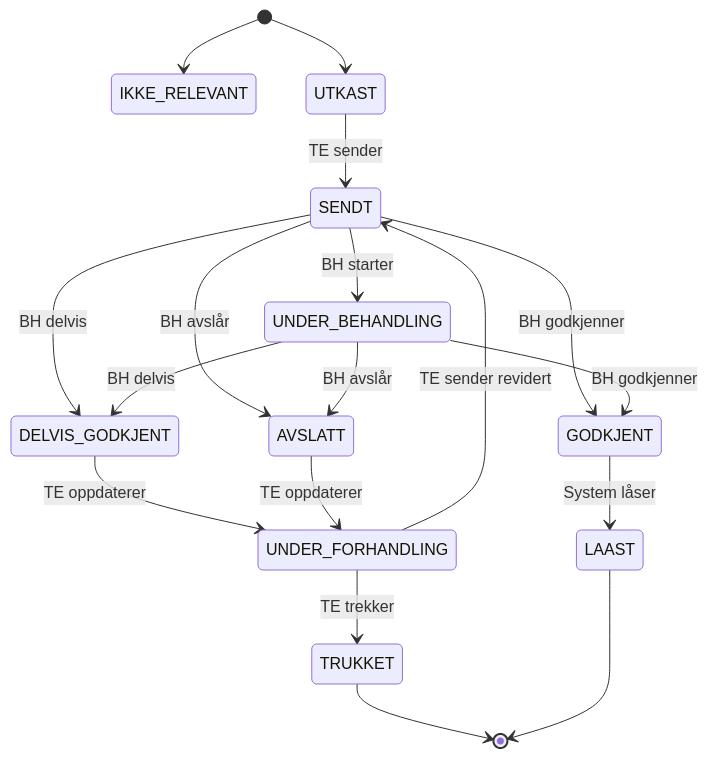
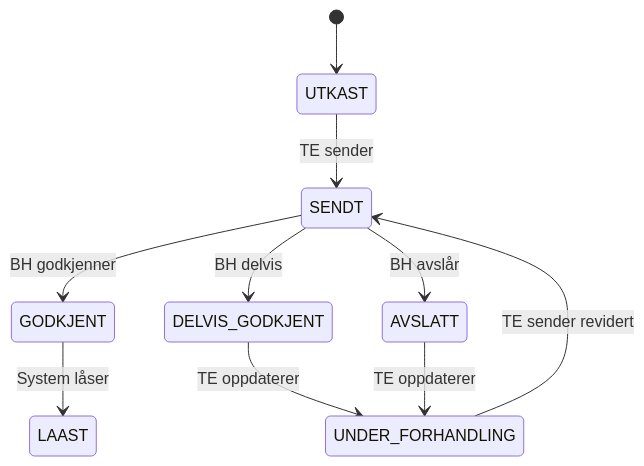
One commit to khjohns/unified-timeline changed the second of 4 diagrams in docs/ARCHITECTURE_AND_DATAMODEL.md. Above: the diagram before and after it, drawn with Mermaid. The commit also changed other lines of this file, not shown here.

````diff
--- a/docs/ARCHITECTURE_AND_DATAMODEL.md
+++ b/docs/ARCHITECTURE_AND_DATAMODEL.md
@@ -986,27 +231,12 @@
 ```mermaid
 stateDiagram-v2
-    [*] --> IKKE_RELEVANT
     [*] --> UTKAST
-
     UTKAST --> SENDT: TE sender
-
-    SENDT --> UNDER_BEHANDLING: BH starter
     SENDT --> GODKJENT: BH godkjenner
     SENDT --> DELVIS_GODKJENT: BH delvis
     SENDT --> AVSLATT: BH avslår
-
-    UNDER_BEHANDLING --> GODKJENT: BH godkjenner
-    UNDER_BEHANDLING --> DELVIS_GODKJENT: BH delvis
-    UNDER_BEHANDLING --> AVSLATT: BH avslår
-
     DELVIS_GODKJENT --> UNDER_FORHANDLING: TE oppdaterer
     AVSLATT --> UNDER_FORHANDLING: TE oppdaterer
-
     UNDER_FORHANDLING --> SENDT: TE sender revidert
-    UNDER_FORHANDLING --> TRUKKET: TE trekker
-
     GODKJENT --> LAAST: System låser
-
-    TRUKKET --> [*]
-    LAAST --> [*]
 ```
````
